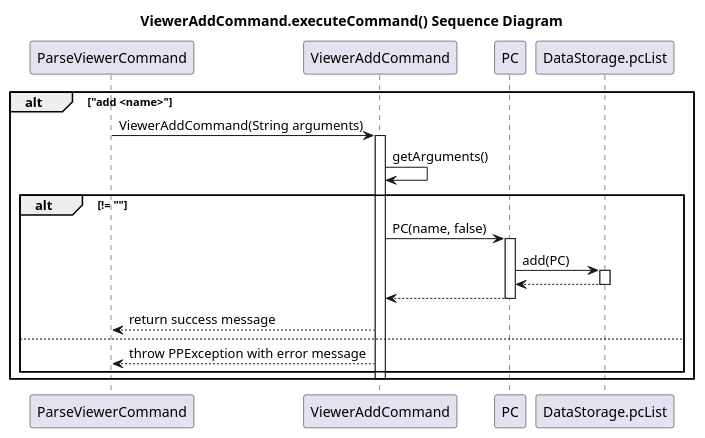
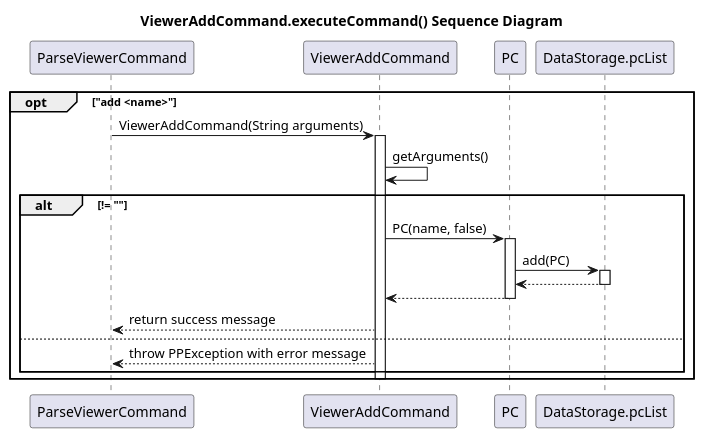
One commit to typingpanda/tp changed the diagram in docs/uml-source/ViewerAddCommand.puml. Above: the diagram before and after it, drawn with PlantUML. The commit also changed 1 other file, not shown here.

```diff
--- a/docs/uml-source/ViewerAddCommand.puml
+++ b/docs/uml-source/ViewerAddCommand.puml
@@ -1,29 +1,29 @@
 @startuml
 title ViewerAddCommand.executeCommand() Sequence Diagram
 
 participant ParseViewerCommand
 participant ViewerAddCommand
 participant PC
 participant DataStorage.pcList
 
-alt "add <name>"
+opt "add <name>"
 ParseViewerCommand -> ViewerAddCommand: ViewerAddCommand(String arguments)
 activate ViewerAddCommand
 ViewerAddCommand -> ViewerAddCommand: getArguments()
 alt != ""
     ViewerAddCommand -> PC: PC(name, false)
     activate PC
     PC -> DataStorage.pcList: add(PC)
     activate DataStorage.pcList
     DataStorage.pcList --> PC
     deactivate DataStorage.pcList
     PC --> ViewerAddCommand
     deactivate PC
     ViewerAddCommand --> ParseViewerCommand: return success message
 else
     ViewerAddCommand --> ParseViewerCommand: throw PPException with error message
 end
 
 deactivate ViewerAddCommand
 end
 @enduml
```
